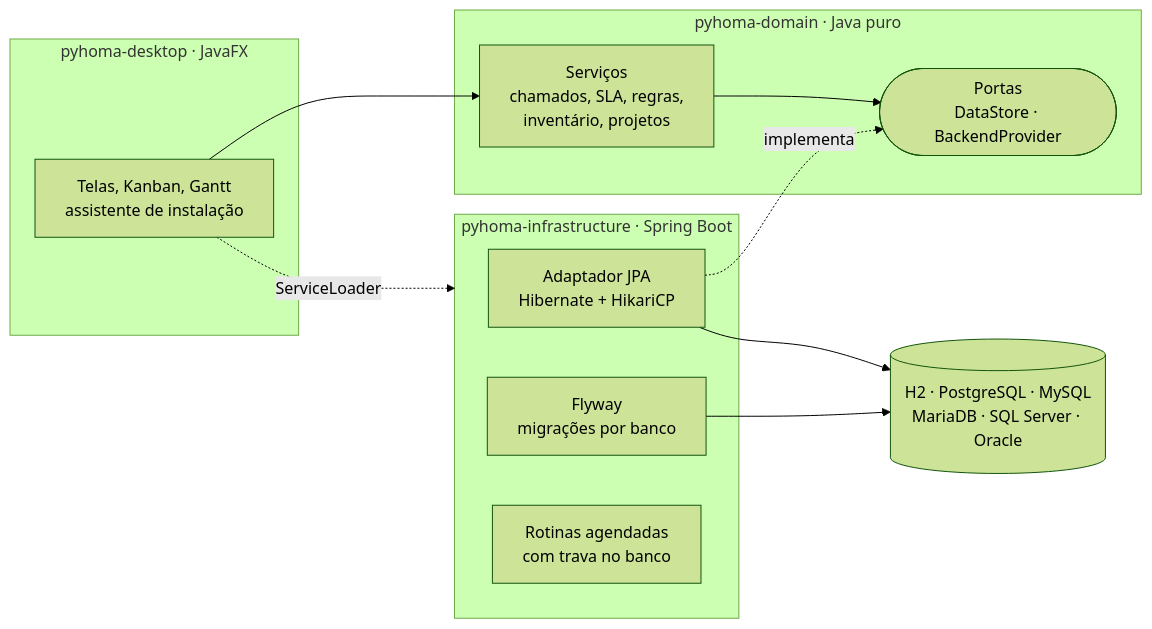
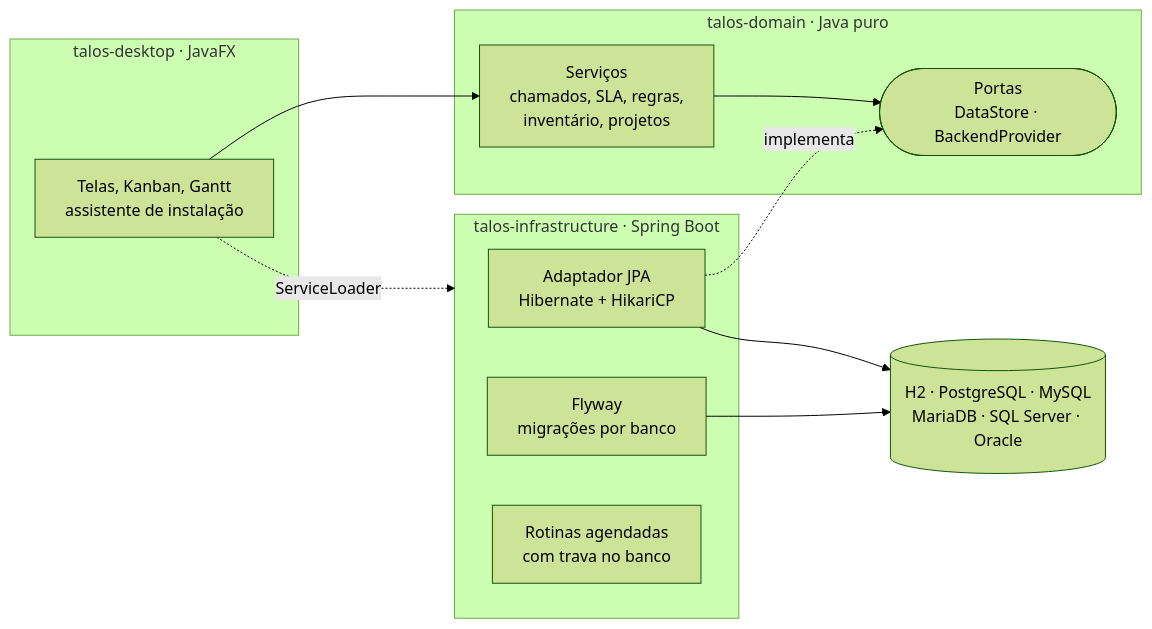
The diagram in README.md (ravelroot/Information-Technology-Service-Management), drawn with Mermaid (forest theme) before and after one commit. The commit also changed other lines of this file and 593 other files, not shown here.

````diff
--- a/README.md
+++ b/README.md
@@ -296,23 +296,23 @@
 ```mermaid
 flowchart LR
-    subgraph desktop["pyhoma-desktop · JavaFX"]
+    subgraph desktop["talos-desktop · JavaFX"]
         UI["Telas, Kanban, Gantt<br/>assistente de instalação"]
     end
-    subgraph domain["pyhoma-domain · Java puro"]
+    subgraph domain["talos-domain · Java puro"]
         S["Serviços<br/>chamados, SLA, regras,<br/>inventário, projetos"]
         P(["Portas<br/>DataStore · BackendProvider"])
     end
-    subgraph infra["pyhoma-infrastructure · Spring Boot"]
+    subgraph infra["talos-infrastructure · Spring Boot"]
         J["Adaptador JPA<br/>Hibernate + HikariCP"]
         F["Flyway<br/>migrações por banco"]
         K["Rotinas agendadas<br/>com trava no banco"]
     end
     DB[("H2 · PostgreSQL · MySQL<br/>MariaDB · SQL Server · Oracle")]
 
     UI --> S
     S --> P
     J -. implementa .-> P
     UI -. ServiceLoader .-> infra
     J --> DB
     F --> DB
 ```
````
